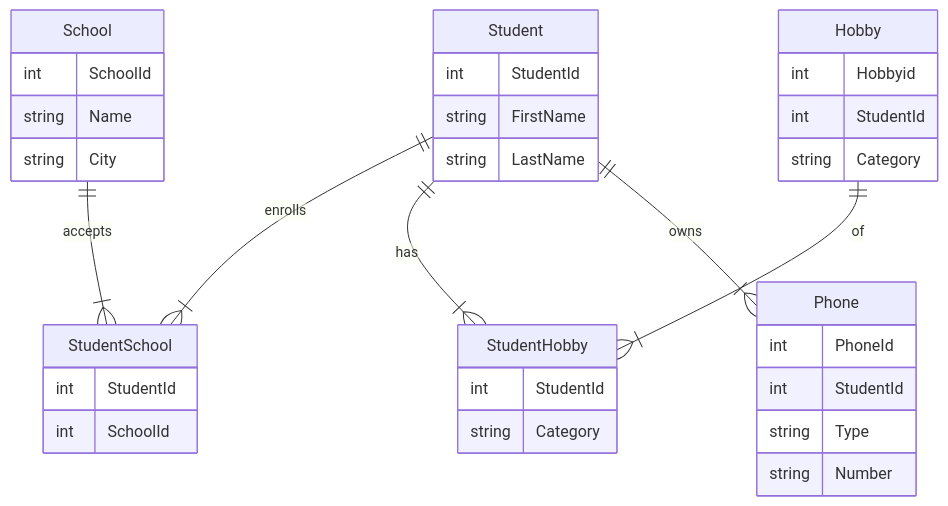
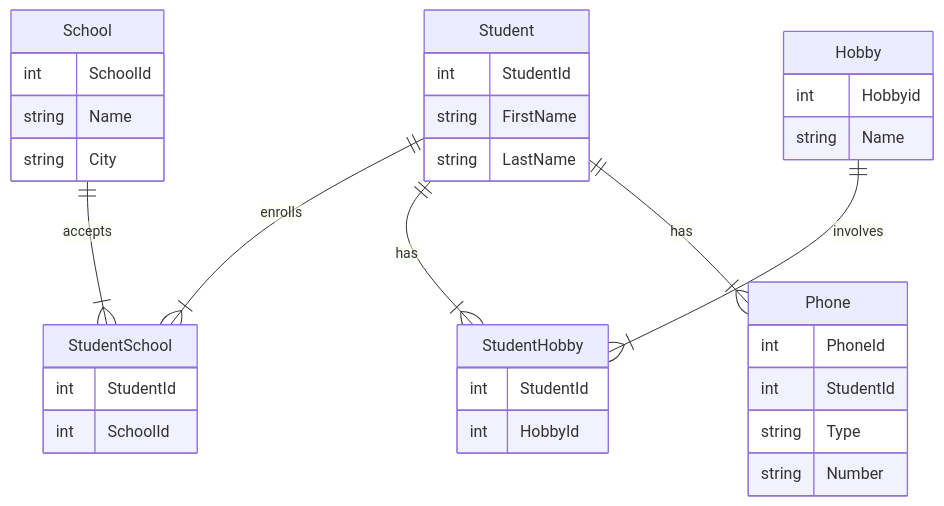
Before and after one commit to samkseg/db2022: the diagram in README.md, drawn with Mermaid.

Commit message:
Updated ER Diagram

````diff
--- a/README.md
+++ b/README.md
@@ -6,44 +6,43 @@
 ```mermaid
 erDiagram
     Student ||--|{ StudentSchool : enrolls
     School ||--|{ StudentSchool : accepts
     Student ||--|{ StudentHobby : has
-    Hobby ||--|{ StudentHobby : of
-    Student ||--|{ Phone : owns
+    Hobby ||--|{ StudentHobby : involves
+    Student ||--|{ Phone : has
        
 
     Hobby {
     	int Hobbyid
-	int StudentId
-	string Category
+	string Name
     }
 
     Phone {
     	int PhoneId
 	int StudentId
 	string Type
 	string Number
     }
 
     StudentHobby {
 	  int StudentId
-	  string Category 
+	  int HobbyId 
     }
 
     StudentSchool {
         int StudentId
         int SchoolId
     }
 
     Student {
         int StudentId
         string FirstName
         string LastName
     }
 
     School {
         int SchoolId
         string Name
         string City
     }
 ```
````
